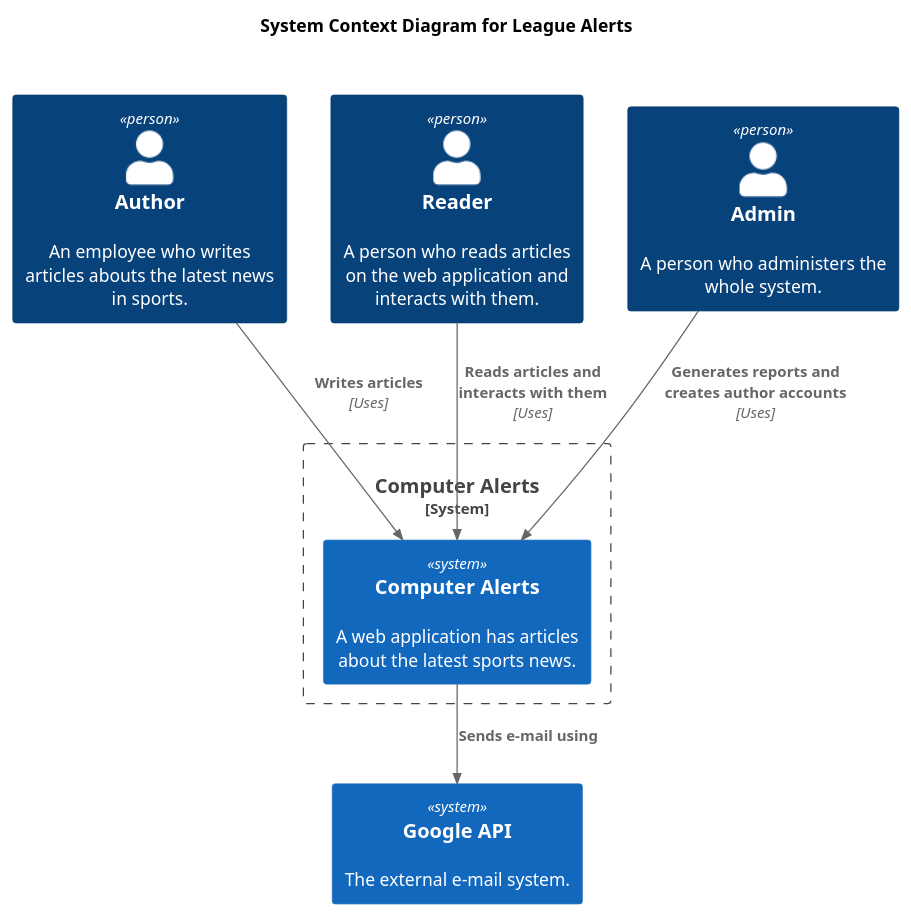
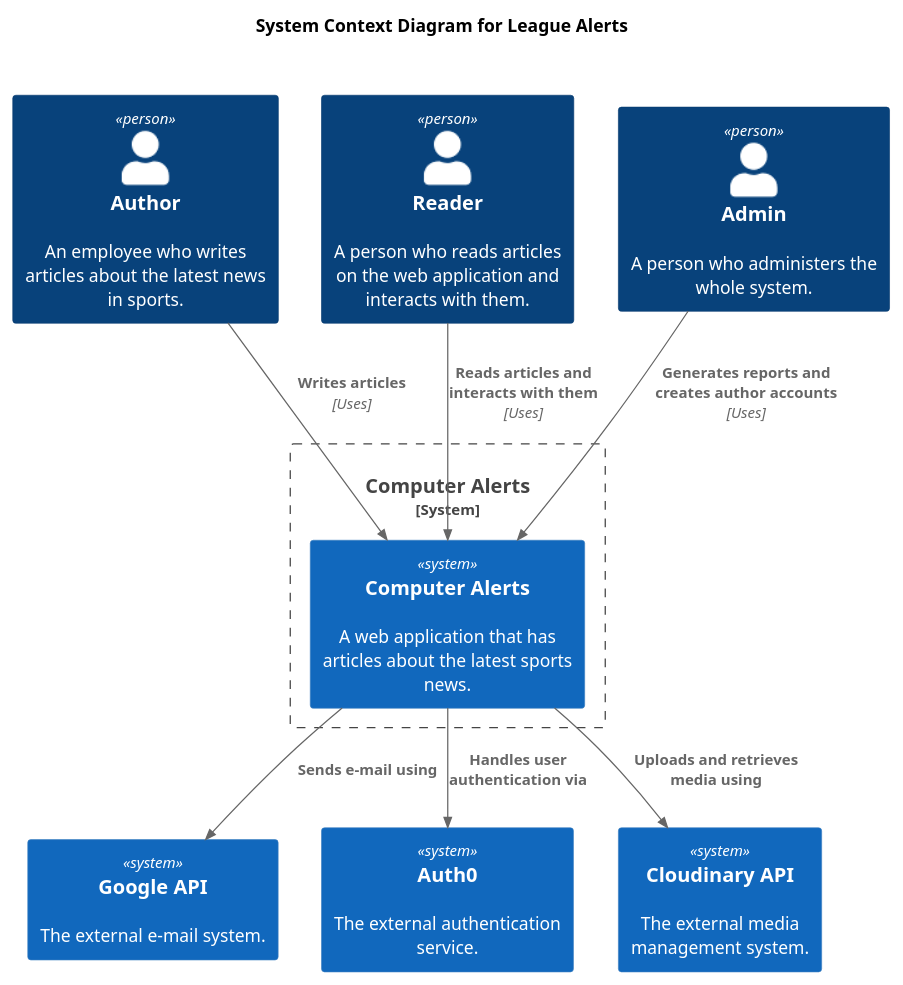
Before and after one commit to Valthefirst/league_alerts-ChamplainECP: the diagram in Diagrams/C4Diagrams/C4L1.puml, drawn with PlantUML. The commit also changed 10 other files, not shown here.

Commit message:
Added Sprint 3 & 4 diagrams

```diff
--- a/Diagrams/C4Diagrams/C4L1.puml
+++ b/Diagrams/C4Diagrams/C4L1.puml
@@ -1,23 +1,29 @@
 @startuml
 !includeurl https://raw.githubusercontent.com/RicardoNiepel/C4-PlantUML/master/C4_Context.puml
 
 title System Context Diagram for League Alerts
 
-Person(employee, "Author", "An employee who writes articles abouts the latest news in sports.")
+Person(employee, "Author", "An employee who writes articles about the latest news in sports.")
 Person(user, "Reader", "A person who reads articles on the web application and interacts with them.")
 Person(admin, "Admin", "A person who administers the whole system.")
 
 System_Boundary(computerAlerts, "Computer Alerts") {
-    System(sys, "Computer Alerts", "A web application has articles about the latest sports news.")
+    System(sys, "Computer Alerts", "A web application that has articles about the latest sports news.")
 }
-    System(mailing, "Google API", "The external e-mail system.")
+
+System(mailing, "Google API", "The external e-mail system.")
+System(auth, "Auth0", "The external authentication service.")
+System(cloudinary, "Cloudinary API", "The external media management system.")
 
 Rel(employee, sys, "Writes articles", "Uses")
 Rel(user, sys, "Reads articles and interacts with them", "Uses")
 Rel(admin, sys, "Generates reports and creates author accounts", "Uses")
 Rel(sys, mailing, "Sends e-mail using")
+Rel(sys, auth, "Handles user authentication via")
+Rel(sys, cloudinary, "Uploads and retrieves media using")
+
 employee -[hidden]> admin
 user -[hidden]> admin
 
 'SHOW_LEGEND()
 @enduml
```
